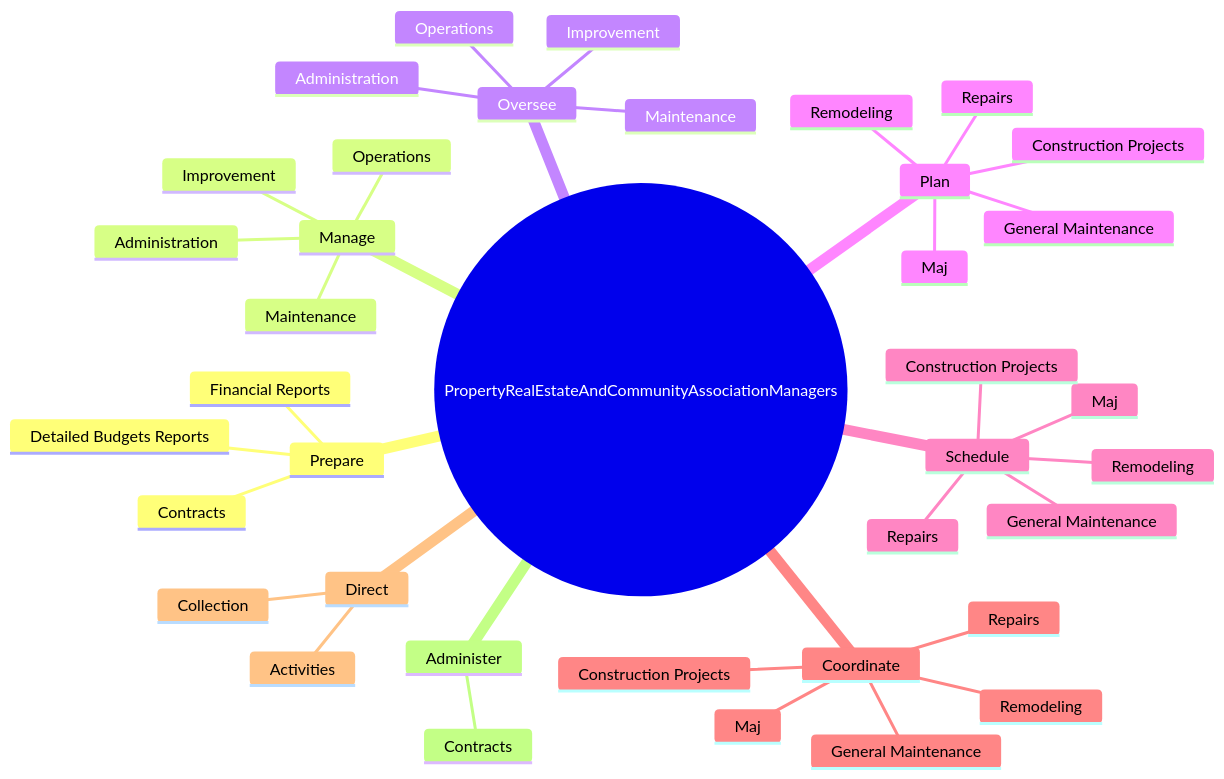
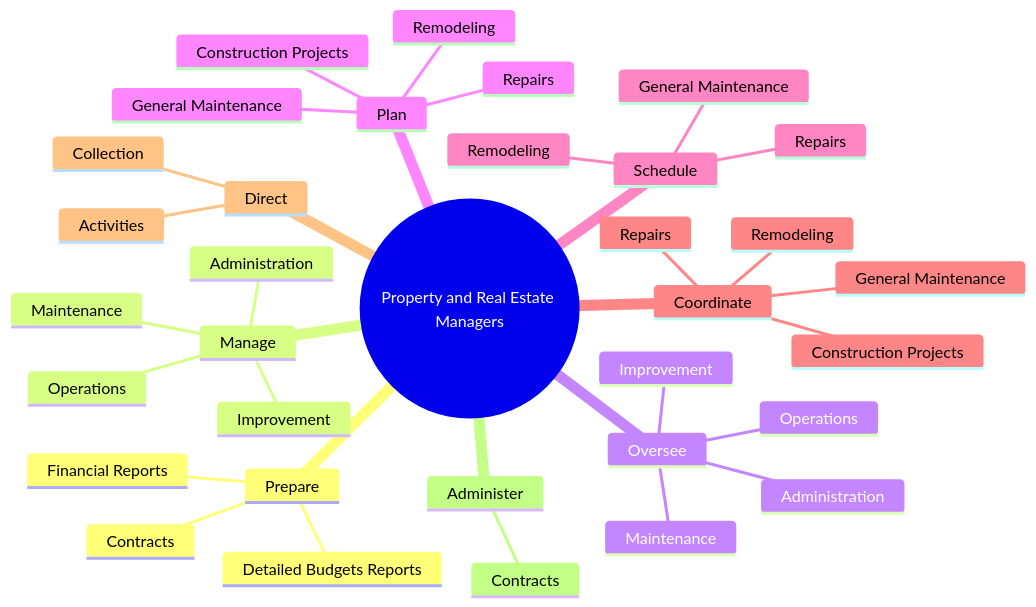
Before and after one commit to kziemski/business.org.ai: the second of 4 diagrams in occupations/Management/PropertyRealEstateAndCommunityAssociationManagers.mdx, drawn with Mermaid. The commit also changed other lines of this file and 938 other files, not shown here.

````diff
--- a/occupations/Management/PropertyRealEstateAndCommunityAssociationManagers.mdx
+++ b/occupations/Management/PropertyRealEstateAndCommunityAssociationManagers.mdx
@@ -37,41 +45,37 @@
 ```mermaid
 mindmap
-    root(("PropertyRealEstateAndCommunityAssociationManagers"))
+    root(("Property and Real Estate Managers"))
         Prepare
             Detailed Budgets Reports
             Financial Reports
             Contracts
         Manage
             Operations
             Maintenance
             Administration
             Improvement
         Oversee
             Operations
             Maintenance
             Administration
             Improvement
         Plan
             General Maintenance
-            Maj
             Repairs
             Remodeling
             Construction Projects
         Schedule
             General Maintenance
-            Maj
             Repairs
             Remodeling
-            Construction Projects
         Coordinate
             General Maintenance
-            Maj
             Repairs
             Remodeling
             Construction Projects
         Direct
             Collection
             Activities
         Administer
             Contracts
 ```
````
